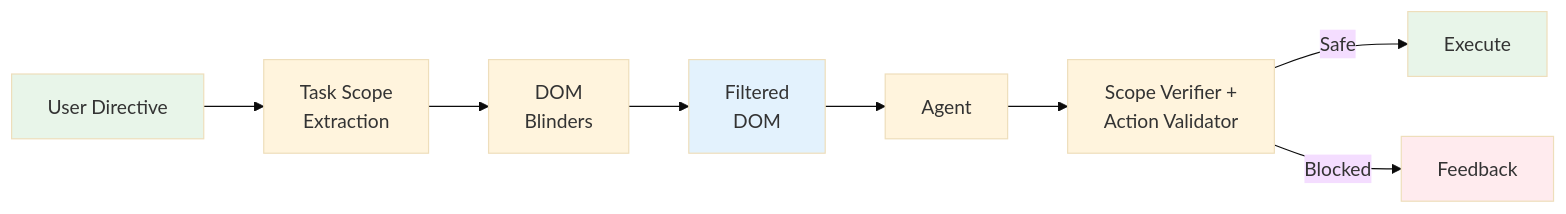
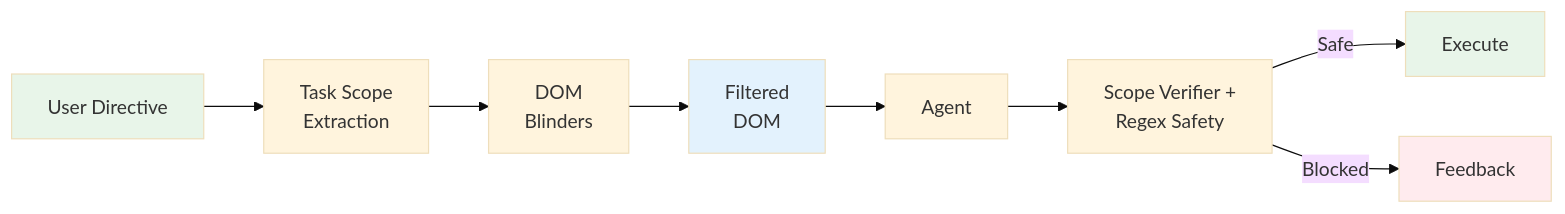
One commit to AppliedLabsAI/cua changed the second of 3 diagrams in README.md. Above: the diagram before and after it, drawn with Mermaid (base theme). The commit also changed other lines of this file and 3 other files, not shown here.

First line of the commit message:
autotune: DAG pruning: re-enable ActionValidator + regex safe fast-path + skip redundant destructive check. Context-aware safety with 1 Haiku call per risky action (run 1, 8 steps)

````diff
--- a/README.md
+++ b/README.md
@@ -106,15 +106,15 @@
 ```mermaid
 graph LR
     A["User Directive"] --> B["Task Scope<br/>Extraction"]
     B --> C["DOM<br/>Blinders"]
     C --> D["Filtered<br/>DOM"]
     D --> E["Agent"]
-    E --> F["Scope Verifier +<br/>Action Validator"]
+    E --> F["Scope Verifier +<br/>Regex Safety"]
     F -->|Safe| G["Execute"]
     F -->|Blocked| H["Feedback"]
 
     style A fill:#e8f5e9
     style D fill:#e3f2fd
     style G fill:#e8f5e9
     style H fill:#ffebee
 ```
````
